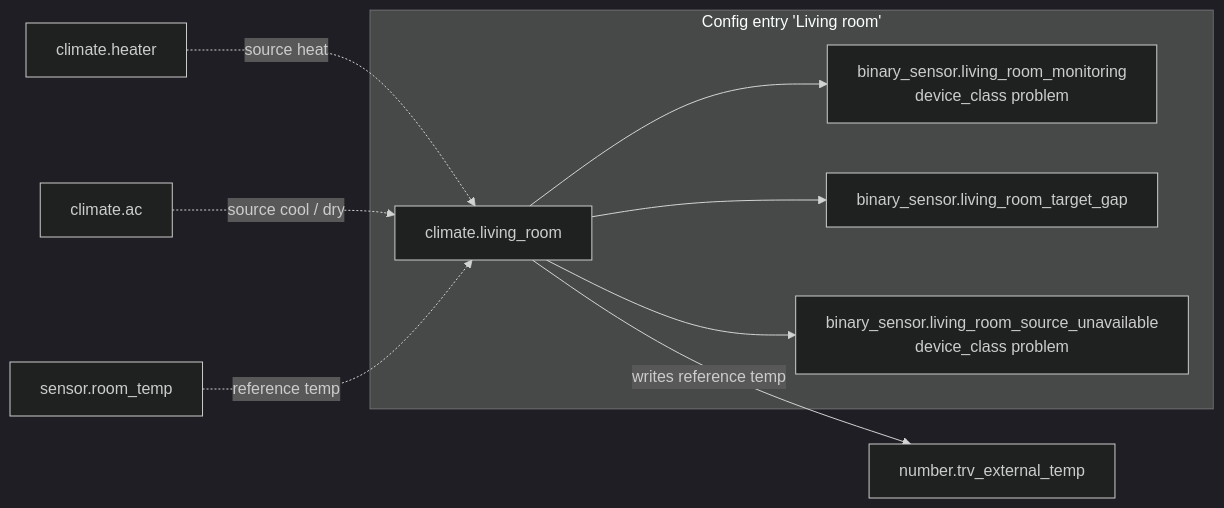
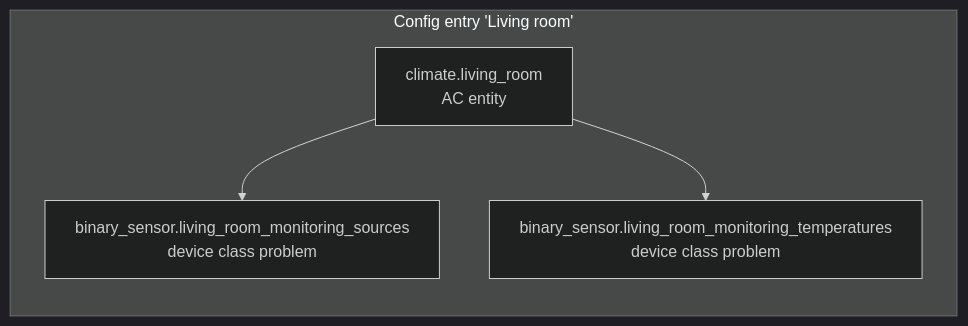
One commit to marsoupilami25/adaptative-climate changed diagram 12 of 13 in SPEC.md. Above: the diagram before and after it, drawn with Mermaid (dark theme). The commit also changed other lines of this file, not shown here.

````diff
--- a/SPEC.md
+++ b/SPEC.md
@@ -1570,14 +1579,9 @@
 ```mermaid
 flowchart LR
     subgraph Entry["Config entry 'Living room'"]
-        C[climate.living_room]
-        M[binary_sensor.living_room_monitoring<br/>device_class problem]
-        G[binary_sensor.living_room_target_gap]
-        U[binary_sensor.living_room_source_unavailable<br/>device_class problem]
+        C[climate.living_room<br/>AC entity]
+        S["binary_sensor.living_room_monitoring_sources<br/>device class problem"]
+        T["binary_sensor.living_room_monitoring_temperatures<br/>device class problem"]
     end
-    S1[climate.heater] -. source heat .-> C
-    S2[climate.ac] -. source cool / dry .-> C
-    T[sensor.room_temp] -. reference temp .-> C
-    C -- writes reference temp --> X[number.trv_external_temp]
-    C --> M & G & U
+    C --> S & T
 ```
````
